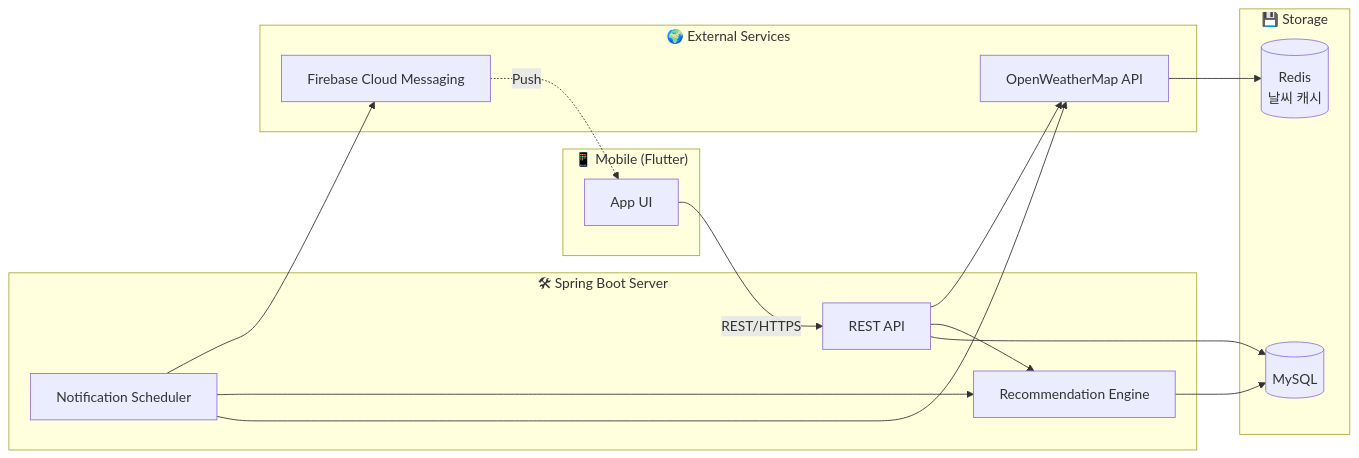
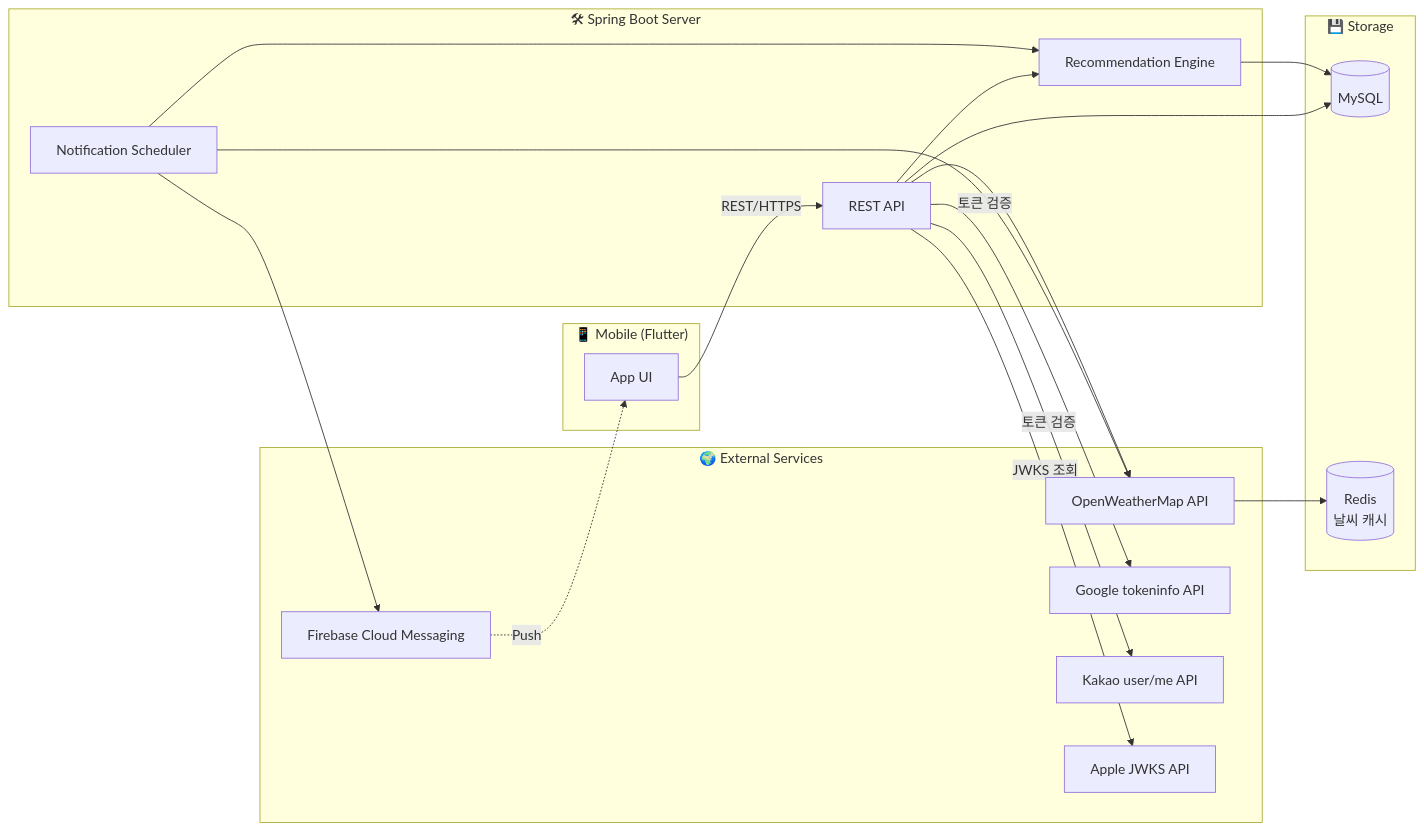
One commit to najang/OMO changed the diagram in docs/03-architecture.md. Above: the diagram before and after it, drawn with Mermaid. The commit also changed other lines of this file and 2 other files, not shown here.

Commit message:
OMO-20 docs: 아키텍처·시퀀스·API 명세 문서 업데이트

````diff
--- a/docs/03-architecture.md
+++ b/docs/03-architecture.md
@@ -3,33 +3,39 @@
 ```mermaid
 flowchart LR
     subgraph Client["📱 Mobile (Flutter)"]
         App[App UI]
     end
 
     subgraph Backend["🛠 Spring Boot Server"]
         API[REST API]
         Scheduler[Notification Scheduler]
         Recommender[Recommendation Engine]
     end
 
     subgraph External["🌍 External Services"]
         Weather[OpenWeatherMap API]
         FCM[Firebase Cloud Messaging]
+        Google[Google tokeninfo API]
+        Kakao[Kakao user/me API]
+        Apple[Apple JWKS API]
     end
 
     subgraph Storage["💾 Storage"]
         DB[(MySQL)]
         Cache[(Redis<br/>날씨 캐시)]
     end
 
     App -- REST/HTTPS --> API
     API --> DB
     API --> Recommender
     Recommender --> DB
     Scheduler --> Weather
     Scheduler --> Recommender
     Scheduler --> FCM
     FCM -. Push .-> App
     API --> Weather
     Weather --> Cache
+    API -- 토큰 검증 --> Google
+    API -- 토큰 검증 --> Kakao
+    API -- JWKS 조회 --> Apple
 ```
````
